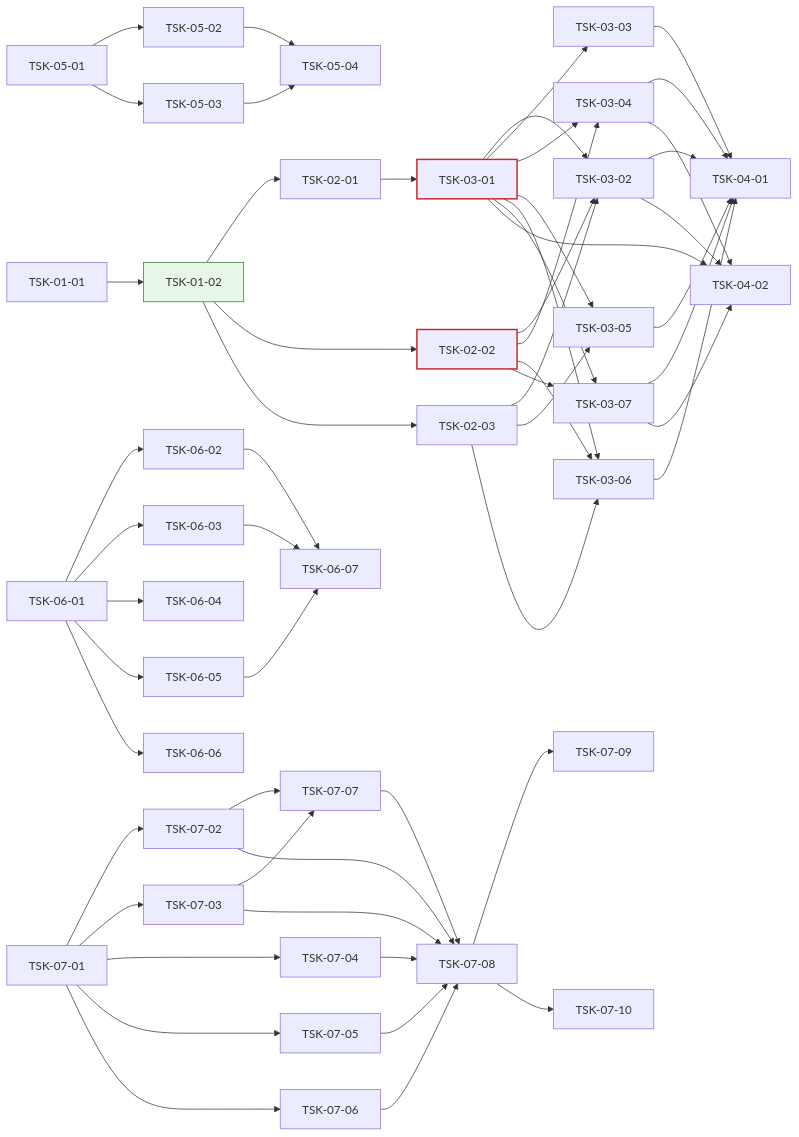
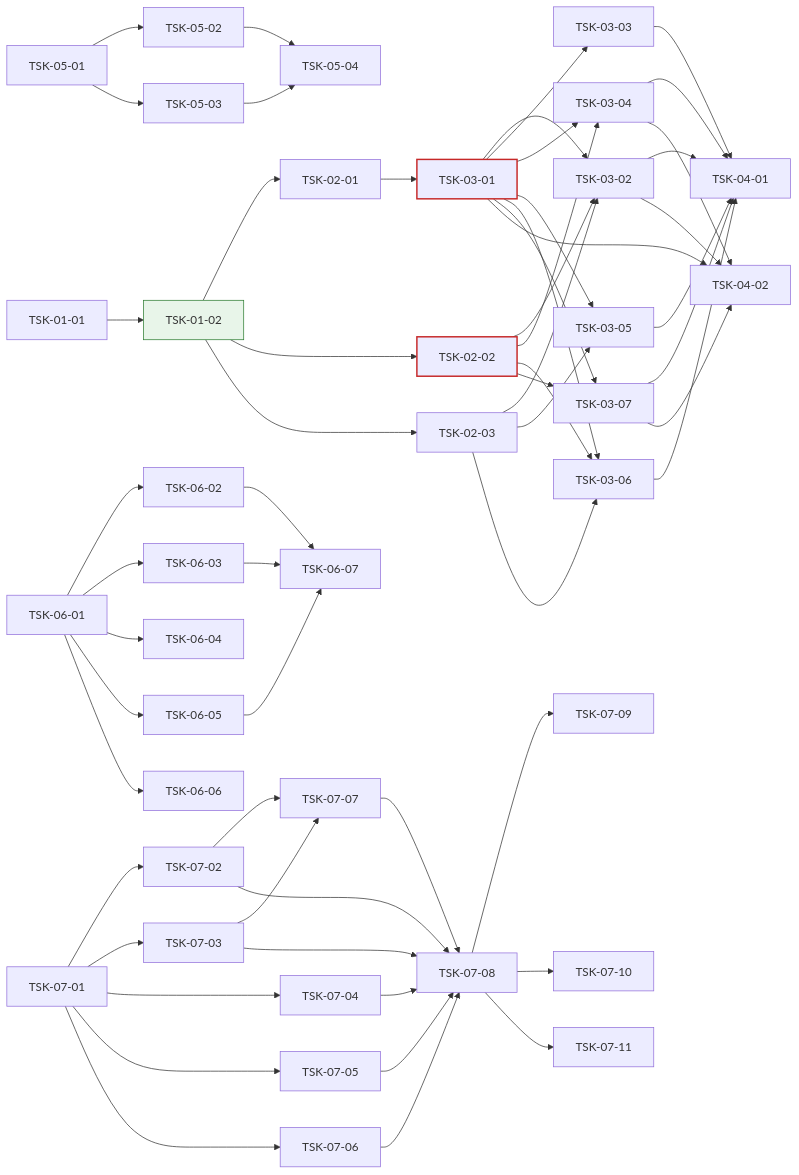
Before and after one commit to jongik-sv/oranda: the diagram in docs/oranda1/wbs.md, drawn with Mermaid. The commit also changed other lines of this file and 35 other files, not shown here.

````diff
--- a/docs/oranda1/wbs.md
+++ b/docs/oranda1/wbs.md
@@ -587,61 +599,62 @@
 ```mermaid
 graph LR
   TSK-01-01 --> TSK-01-02
   TSK-01-02 --> TSK-02-01
   TSK-01-02 --> TSK-02-02
   TSK-01-02 --> TSK-02-03
   TSK-02-01 --> TSK-03-01
   TSK-03-01 --> TSK-03-02
   TSK-02-02 --> TSK-03-02
   TSK-02-03 --> TSK-03-02
   TSK-03-01 --> TSK-03-03
   TSK-03-01 --> TSK-03-04
   TSK-02-02 --> TSK-03-04
   TSK-03-01 --> TSK-03-05
   TSK-02-03 --> TSK-03-05
   TSK-03-01 --> TSK-03-06
   TSK-02-02 --> TSK-03-06
   TSK-02-03 --> TSK-03-06
   TSK-03-01 --> TSK-03-07
   TSK-02-02 --> TSK-03-07
   TSK-03-02 --> TSK-04-01
   TSK-03-03 --> TSK-04-01
   TSK-03-04 --> TSK-04-01
   TSK-03-05 --> TSK-04-01
   TSK-03-06 --> TSK-04-01
   TSK-03-07 --> TSK-04-01
   TSK-03-01 --> TSK-04-02
   TSK-03-02 --> TSK-04-02
   TSK-03-04 --> TSK-04-02
   TSK-03-07 --> TSK-04-02
   TSK-05-01 --> TSK-05-02
   TSK-05-01 --> TSK-05-03
   TSK-05-02 --> TSK-05-04
   TSK-05-03 --> TSK-05-04
   TSK-06-01 --> TSK-06-02
   TSK-06-01 --> TSK-06-03
   TSK-06-01 --> TSK-06-04
   TSK-06-01 --> TSK-06-05
   TSK-06-01 --> TSK-06-06
   TSK-06-02 --> TSK-06-07
   TSK-06-03 --> TSK-06-07
   TSK-06-05 --> TSK-06-07
   TSK-07-01 --> TSK-07-02
   TSK-07-01 --> TSK-07-03
   TSK-07-01 --> TSK-07-04
   TSK-07-01 --> TSK-07-05
   TSK-07-01 --> TSK-07-06
   TSK-07-02 --> TSK-07-07
   TSK-07-03 --> TSK-07-07
   TSK-07-02 --> TSK-07-08
   TSK-07-03 --> TSK-07-08
   TSK-07-04 --> TSK-07-08
   TSK-07-05 --> TSK-07-08
   TSK-07-06 --> TSK-07-08
   TSK-07-07 --> TSK-07-08
   TSK-07-08 --> TSK-07-09
   TSK-07-08 --> TSK-07-10
+  TSK-07-08 --> TSK-07-11
   style TSK-01-02 fill:#e8f5e9,stroke:#2e7d32
   style TSK-03-01 stroke:#c62828,stroke-width:2px
   style TSK-02-02 stroke:#c62828,stroke-width:2px
 ```
````
